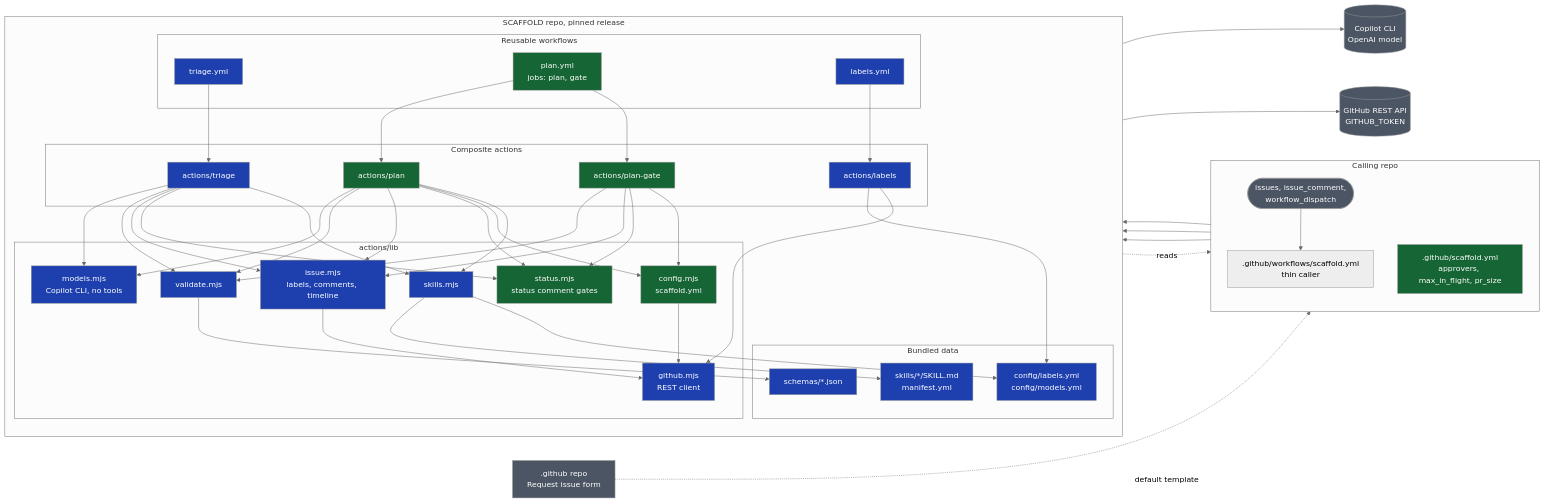
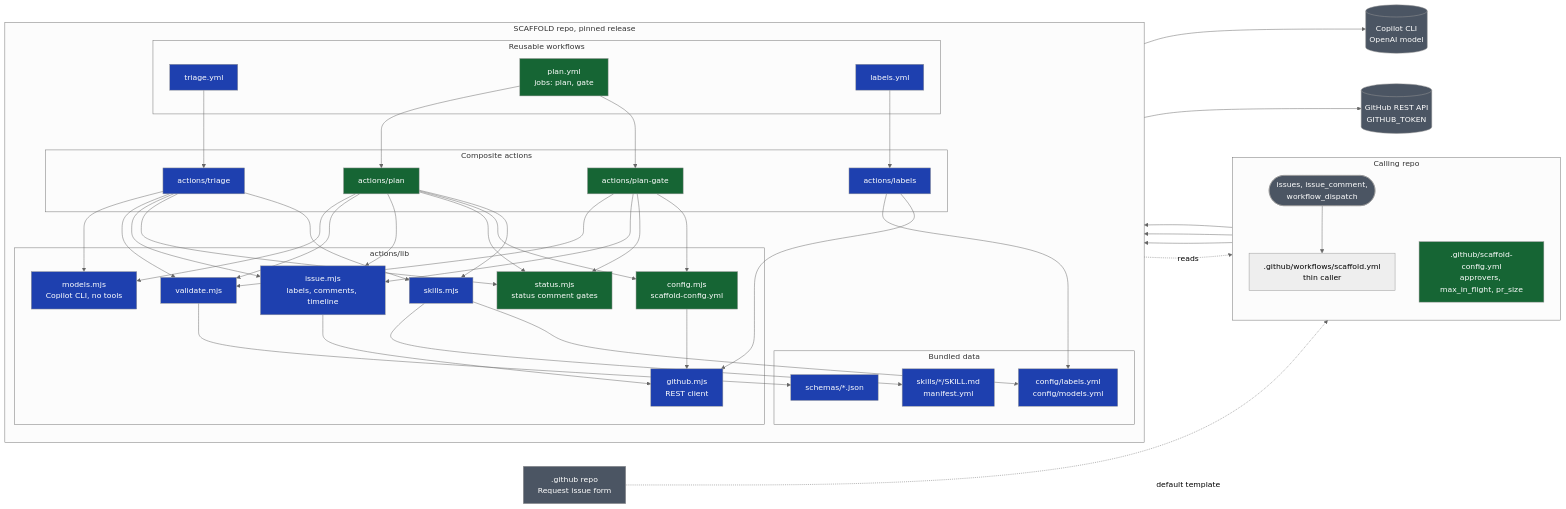
One commit to JackWP1/scaffold changed the diagram in docs/diagrams/architecture.md. Above: the diagram before and after it, drawn with Mermaid (neutral theme). The commit also changed other lines of this file and 9 other files, not shown here.

First line of the commit message:
Rename settings file to .github/scaffold-config.yml

````diff
--- a/docs/diagrams/architecture.md
+++ b/docs/diagrams/architecture.md
@@ -11,75 +11,75 @@
 ```mermaid
 flowchart LR
   subgraph caller[Calling repo]
     direction TB
     events([issues, issue_comment,<br/>workflow_dispatch])
     callerwf[".github/workflows/scaffold.yml<br/>thin caller"]
-    cfg[".github/scaffold.yml<br/>approvers, max_in_flight, pr_size"]
+    cfg[".github/scaffold-config.yml<br/>approvers, max_in_flight, pr_size"]
     events --> callerwf
   end
 
   form[".github repo<br/>Request issue form"] -. default template .-> events
 
   subgraph scaffold[SCAFFOLD repo, pinned release]
     direction TB
     subgraph wf[Reusable workflows]
       triagewf[triage.yml]
       planwf[plan.yml<br/>jobs: plan, gate]
       labelswf[labels.yml]
     end
     subgraph actions[Composite actions]
       triage[actions/triage]
       plan[actions/plan]
       gate[actions/plan-gate]
       labels[actions/labels]
     end
     subgraph lib[actions/lib]
       gh[github.mjs<br/>REST client]
       models[models.mjs<br/>Copilot CLI, no tools]
       validate[validate.mjs]
       issue[issue.mjs<br/>labels, comments, timeline]
       status[status.mjs<br/>status comment gates]
-      config[config.mjs<br/>scaffold.yml]
+      config[config.mjs<br/>scaffold-config.yml]
       skills[skills.mjs]
     end
     subgraph data[Bundled data]
       skillmd[skills/*/SKILL.md<br/>manifest.yml]
       schemas[schemas/*.json]
       cfgfiles[config/labels.yml<br/>config/models.yml]
     end
     triagewf --> triage
     planwf --> plan
     planwf --> gate
     labelswf --> labels
   end
 
   callerwf --> triagewf
   callerwf --> planwf
   callerwf --> labelswf
 
   triage --> models
   plan --> models
   triage & plan & gate --> validate
   triage & plan & gate --> issue
   triage & plan & gate --> status
   plan & gate --> config
   triage & plan --> skills
   skills --> skillmd
   skills --> cfgfiles
   validate --> schemas
   labels --> cfgfiles
   issue --> gh
   config --> gh
   labels --> gh
 
   config -. reads .-> cfg
   models --> copilot[(Copilot CLI<br/>OpenAI model)]
   gh --> api[(GitHub REST API<br/>GITHUB_TOKEN)]
 
   classDef ext fill:#4b5563,color:#fff
   classDef s1 fill:#1e40af,color:#fff
   classDef s2 fill:#166534,color:#fff
   class copilot,api,form,events ext
   class triagewf,triage,labelswf,labels,models,validate,issue,skills,skillmd,schemas,cfgfiles,gh s1
   class planwf,plan,gate,status,config,cfg s2
 ```
````
